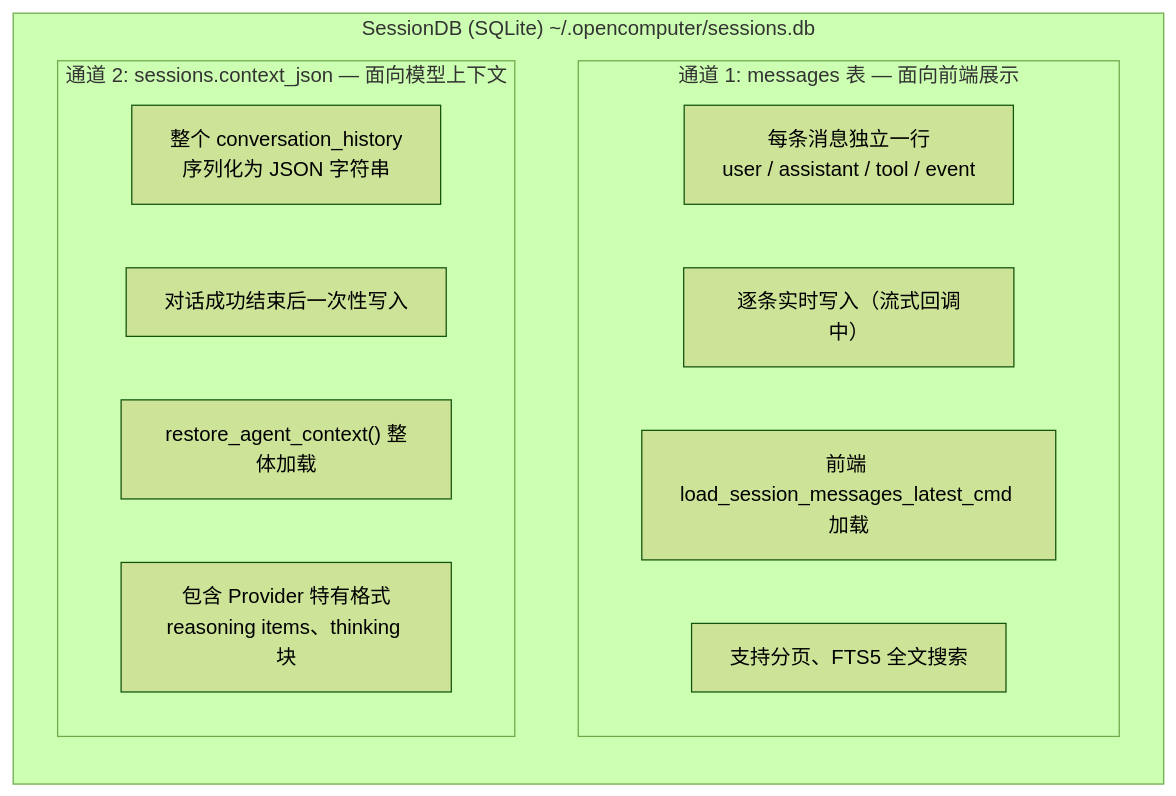
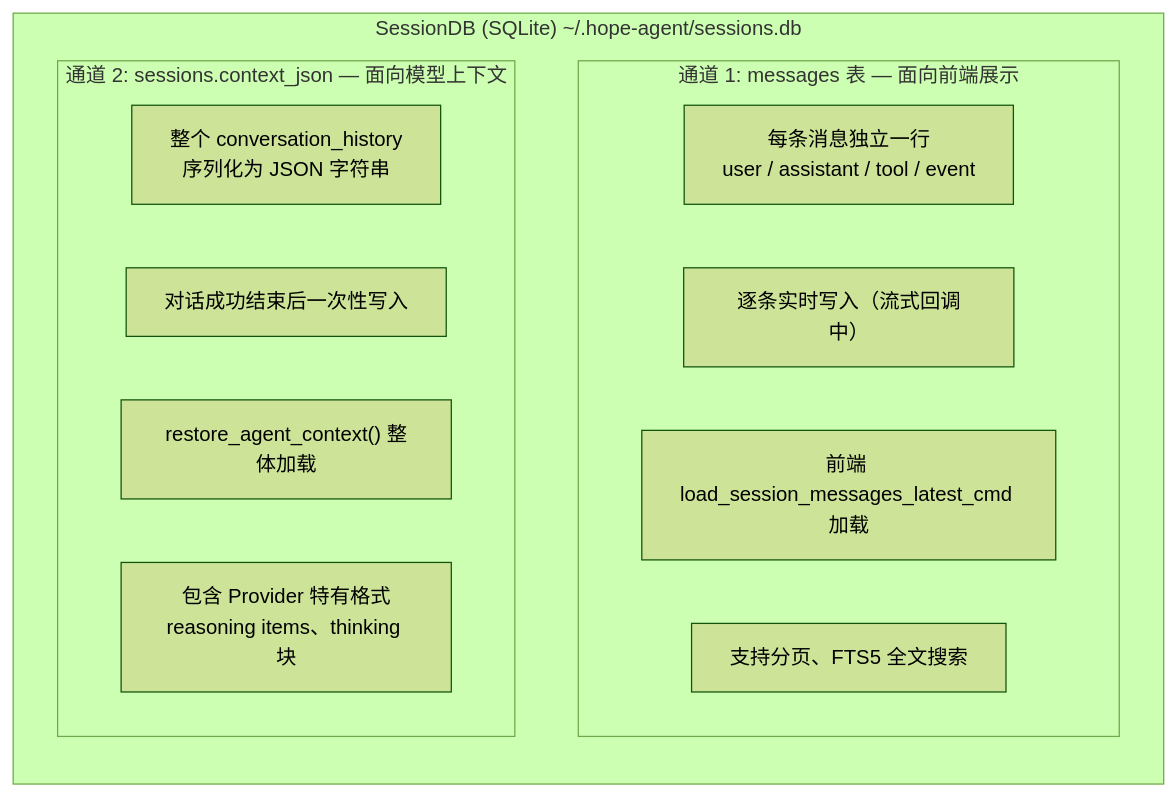
One commit to shiwenwen/hope-agent changed diagram 11 of 17 in docs/architecture/provider-system.md. Above: the diagram before and after it, drawn with Mermaid (forest theme). The commit also changed other lines of this file and 727 other files, not shown here.

First line of the commit message:
chore(rename): OpenComputer → Hope Agent（随 0.1.0 首发一把切换）

````diff
--- a/docs/architecture/provider-system.md
+++ b/docs/architecture/provider-system.md
@@ -675,18 +675,18 @@
 ```mermaid
 graph TB
-  subgraph DB["SessionDB (SQLite) ~/.opencomputer/sessions.db"]
+  subgraph DB["SessionDB (SQLite) ~/.hope-agent/sessions.db"]
     direction TB
     subgraph CH1["通道 1: messages 表 — 面向前端展示"]
       M1["每条消息独立一行<br/>user / assistant / tool / event"]
       M2["逐条实时写入（流式回调中）"]
       M3["前端 load_session_messages_latest_cmd 加载"]
       M4["支持分页、FTS5 全文搜索"]
     end
     subgraph CH2["通道 2: sessions.context_json — 面向模型上下文"]
       C1["整个 conversation_history<br/>序列化为 JSON 字符串"]
       C2["对话成功结束后一次性写入"]
       C3["restore_agent_context() 整体加载"]
       C4["包含 Provider 特有格式<br/>reasoning items、thinking 块"]
     end
   end
 ```
````
